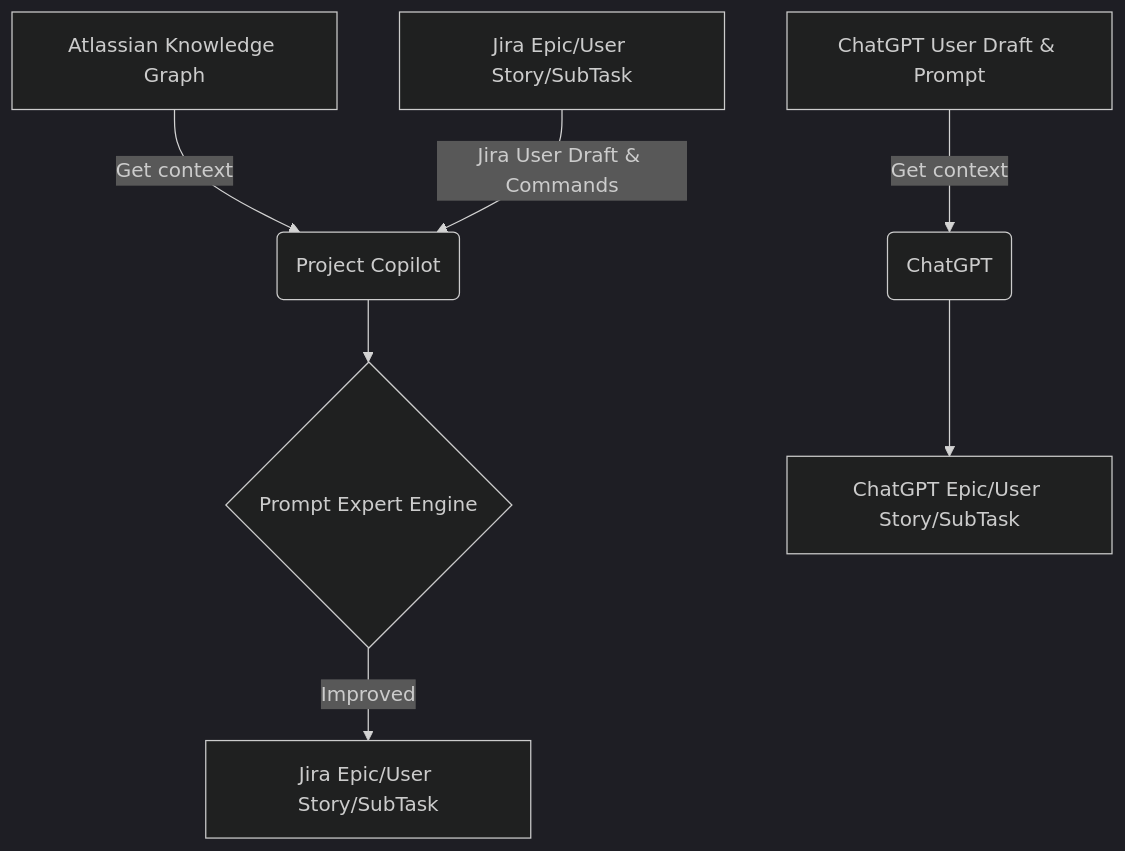
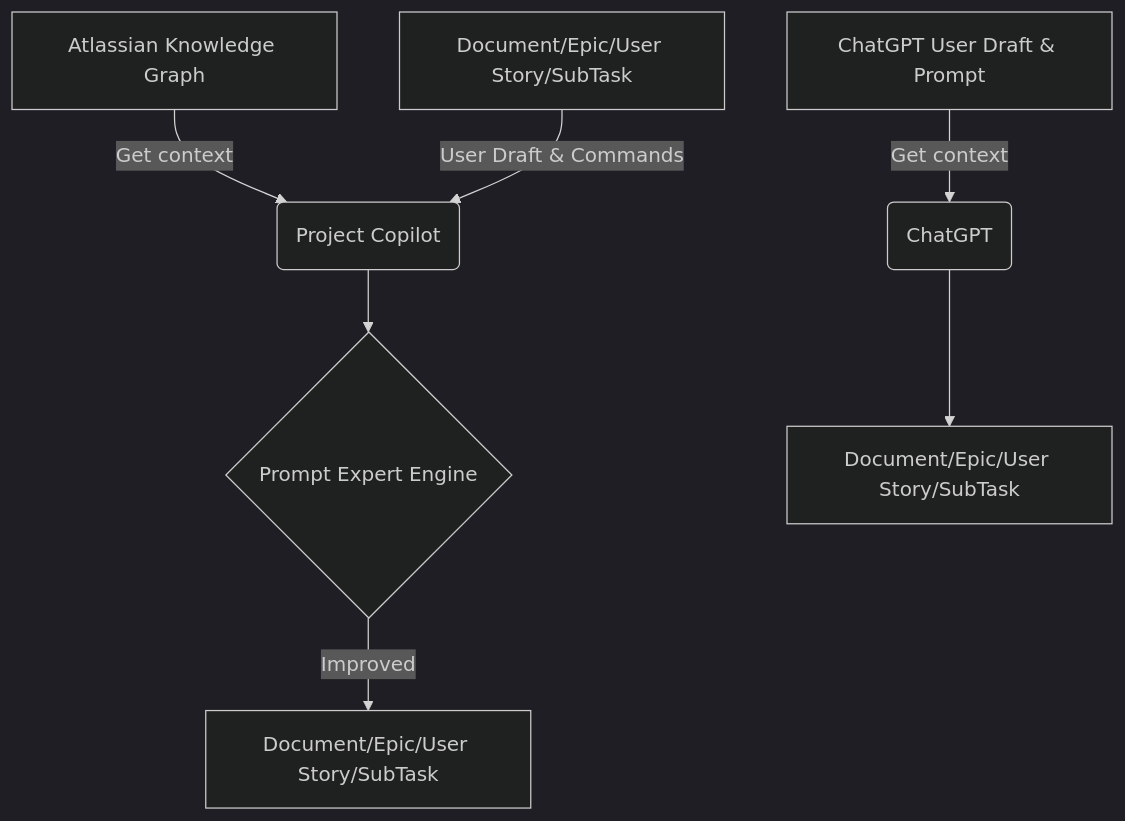
One commit to project-copilot/fit changed the second of 5 diagrams in README.md. Above: the diagram before and after it, drawn with Mermaid (dark theme). The commit also changed other lines of this file and 1 other file, not shown here.

Commit message:
Improvement on CodeLab content

````diff
--- a/README.md
+++ b/README.md
@@ -52,9 +52,9 @@
 ```mermaid
 flowchart TD
     A[Atlassian Knowledge Graph] -->|Get context| B(Project Copilot)
-    L[Jira Epic/User Story/SubTask] -->|Jira User Draft & Commands| B(Project Copilot)
+    L[Document/Epic/User Story/SubTask] -->|User Draft & Commands| B(Project Copilot)
     B --> C{Prompt Expert Engine}
-    C -->|Improved| D[Jira Epic/User Story/SubTask]
+    C -->|Improved| D[Document/Epic/User Story/SubTask]
     F[ChatGPT User Draft & Prompt] -->|Get context| G(ChatGPT)
-    G --> H[ChatGPT Epic/User Story/SubTask]
+    G --> H[Document/Epic/User Story/SubTask]
 ```
````
